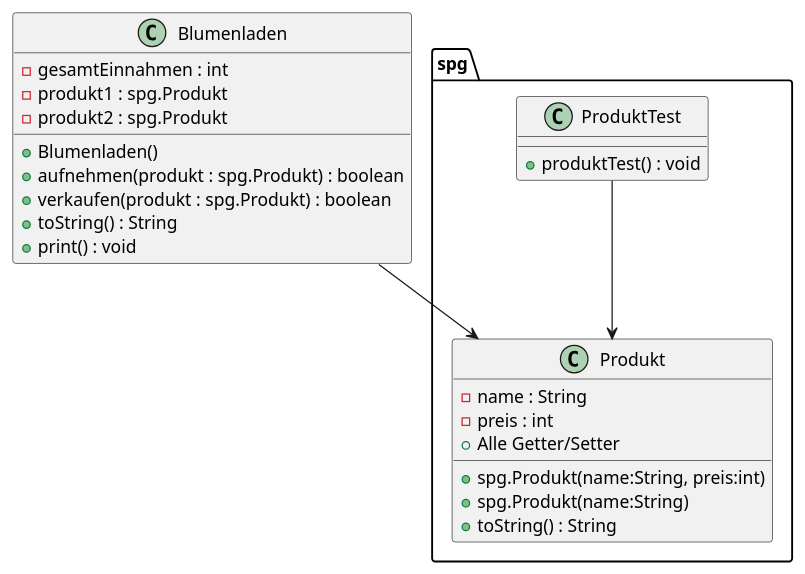
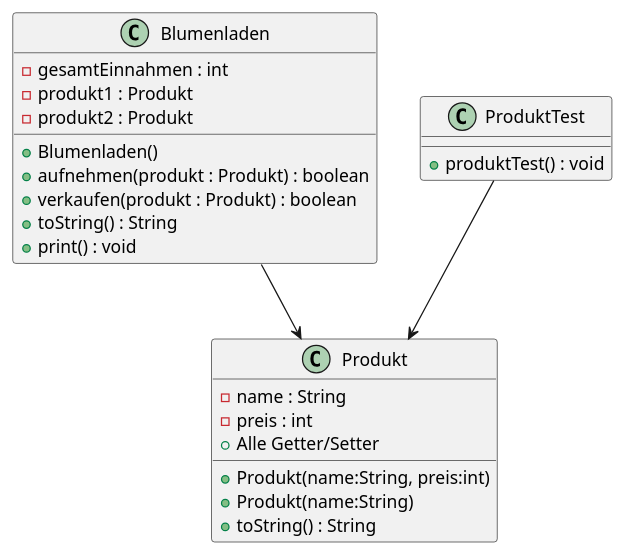
The diagram in KOLL_WS_Bestepe_Ertan/README.md (georgernstgraf/GRG-JAVA), drawn with PlantUML before and after one commit. The commit also changed other lines of this file, not shown here.

````diff
--- a/KOLL_WS_Bestepe_Ertan/README.md
+++ b/KOLL_WS_Bestepe_Ertan/README.md
@@ -17,30 +17,30 @@
 ```plantuml
 @startuml
 class Blumenladen {
 -gesamtEinnahmen : int
--produkt1 : spg.Produkt
-        -produkt2 : spg.Produkt
+-produkt1 : Produkt
+-produkt2 : Produkt
 +Blumenladen()
-+aufnehmen(produkt : spg.Produkt) : boolean
-+verkaufen(produkt : spg.Produkt) : boolean
++aufnehmen(produkt : Produkt) : boolean
++verkaufen(produkt : Produkt) : boolean
 +toString() : String
 +print() : void
 }
 
-class spg.Produkt {
+class Produkt {
 -name : String
 -preis : int
-+spg.Produkt(name:String, preis:int)
-+spg.Produkt(name:String)
++Produkt(name:String, preis:int)
++Produkt(name:String)
 +Alle Getter/Setter
 +toString() : String
 }
 
-class spg.ProduktTest {
+class ProduktTest {
 +produktTest() : void
 }
 
-Blumenladen --> spg.Produkt
-spg.ProduktTest --> spg.Produkt
+Blumenladen --> Produkt
+ProduktTest --> Produkt
 @enduml
 ```
````
